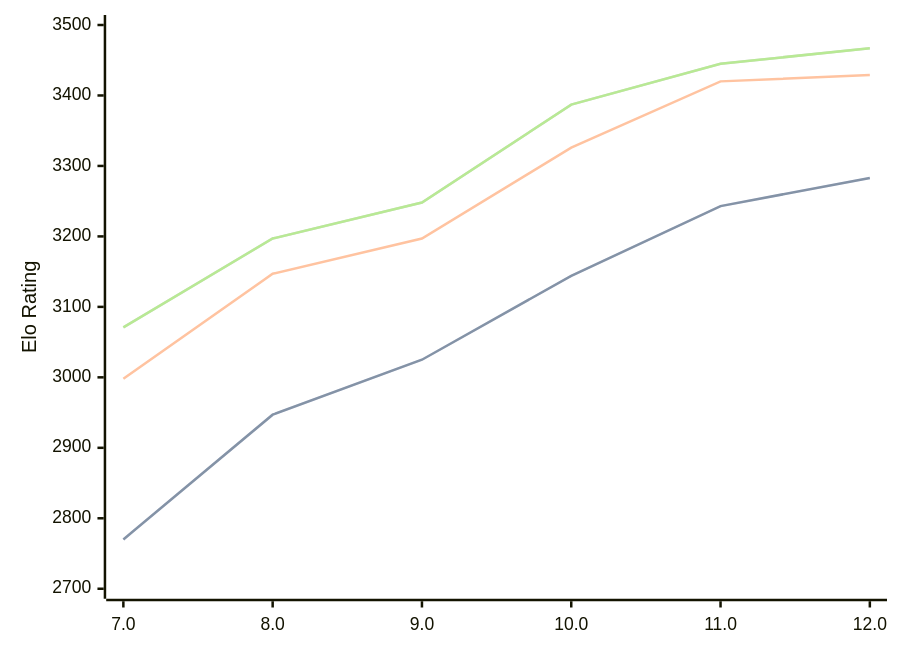
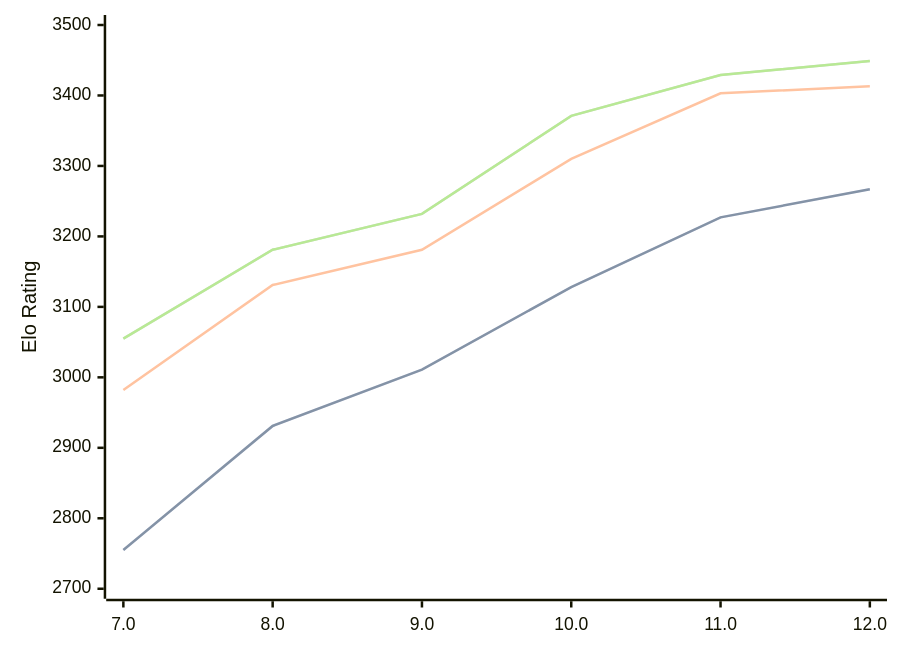
Before and after one commit to computer-chess-index/cci: the diagram in engines/Tcheran.md, drawn with Mermaid. The commit also changed other lines of this file, not shown here.

Commit message:
Update CCI Ratings (ELO VLTC) - 2026-05-20

````diff
--- a/engines/Tcheran.md
+++ b/engines/Tcheran.md
@@ -50,11 +50,11 @@
 ```mermaid
 %%{init: {"theme":"base","themeVariables":{"seriesColors:['#a3a3a3','#222221','#faa371']}}}%%
 xychart-beta
   x-axis ["7.0", "8.0", "9.0", "10.0", "11.0", "12.0"]
   y-axis "Elo Rating" 2700 --> 3500
-  line "STC (8.0+0.08s)" [2770, 2947, 3025, 3144, 3243, 3283]
-  line "STC (8.0+0.08s)" [2770, 2947, 3025, 3144, 3243, 3283]
-  line "LTC (60.0+0.60s)" [2998, 3147, 3197, 3326, 3420, 3429]
-  line "VLTC (2m24s+1.12s)" [3071, 3197, 3248, 3387, 3445, 3467]
-  line "VLTC (2m24s+1.12s)" [3071, 3197, 3248, 3387, 3445, 3467]
+  line "STC (8.0+0.08s)" [2755, 2931, 3011, 3128, 3227, 3267]
+  line "STC (8.0+0.08s)" [2755, 2931, 3011, 3128, 3227, 3267]
+  line "LTC (60.0+0.60s)" [2982, 3131, 3181, 3310, 3403, 3413]
+  line "VLTC (2m24s+1.12s)" [3055, 3181, 3232, 3371, 3429, 3449]
+  line "VLTC (2m24s+1.12s)" [3055, 3181, 3232, 3371, 3429, 3449]
 ```
````
